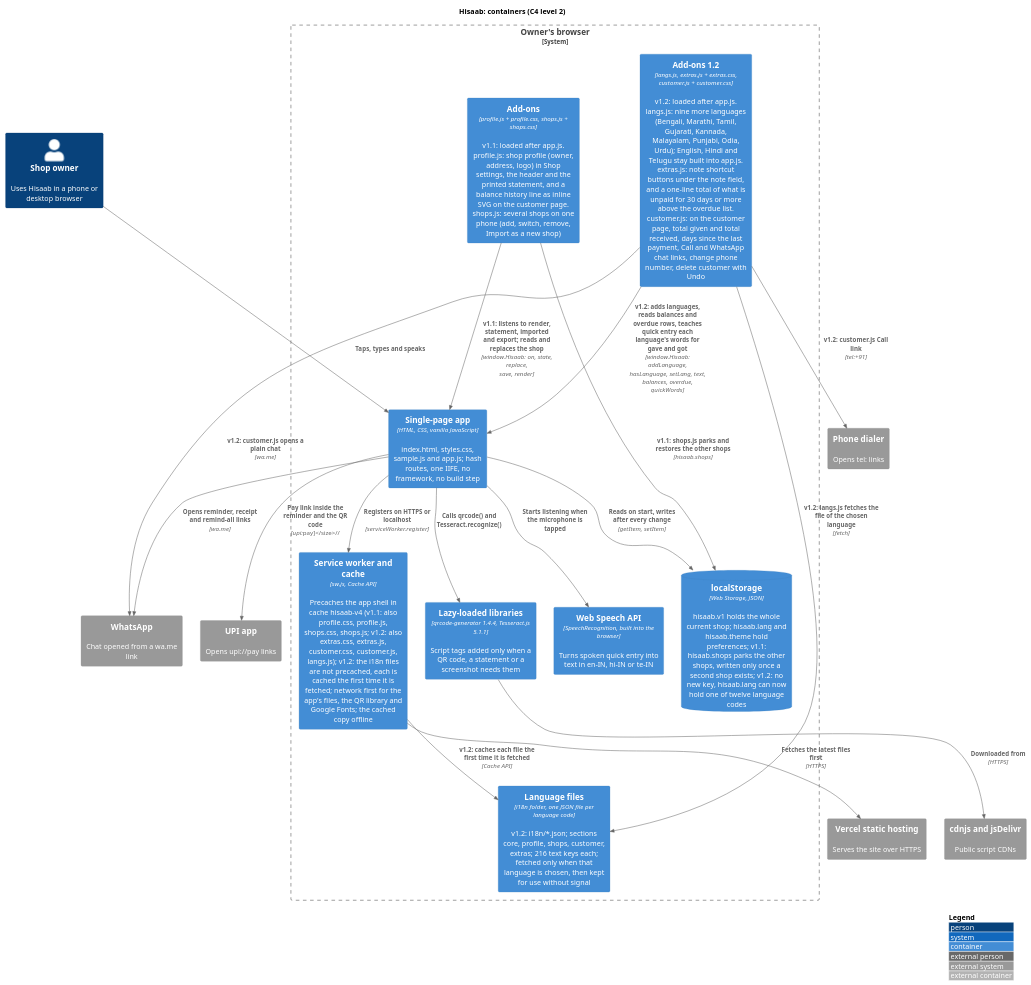
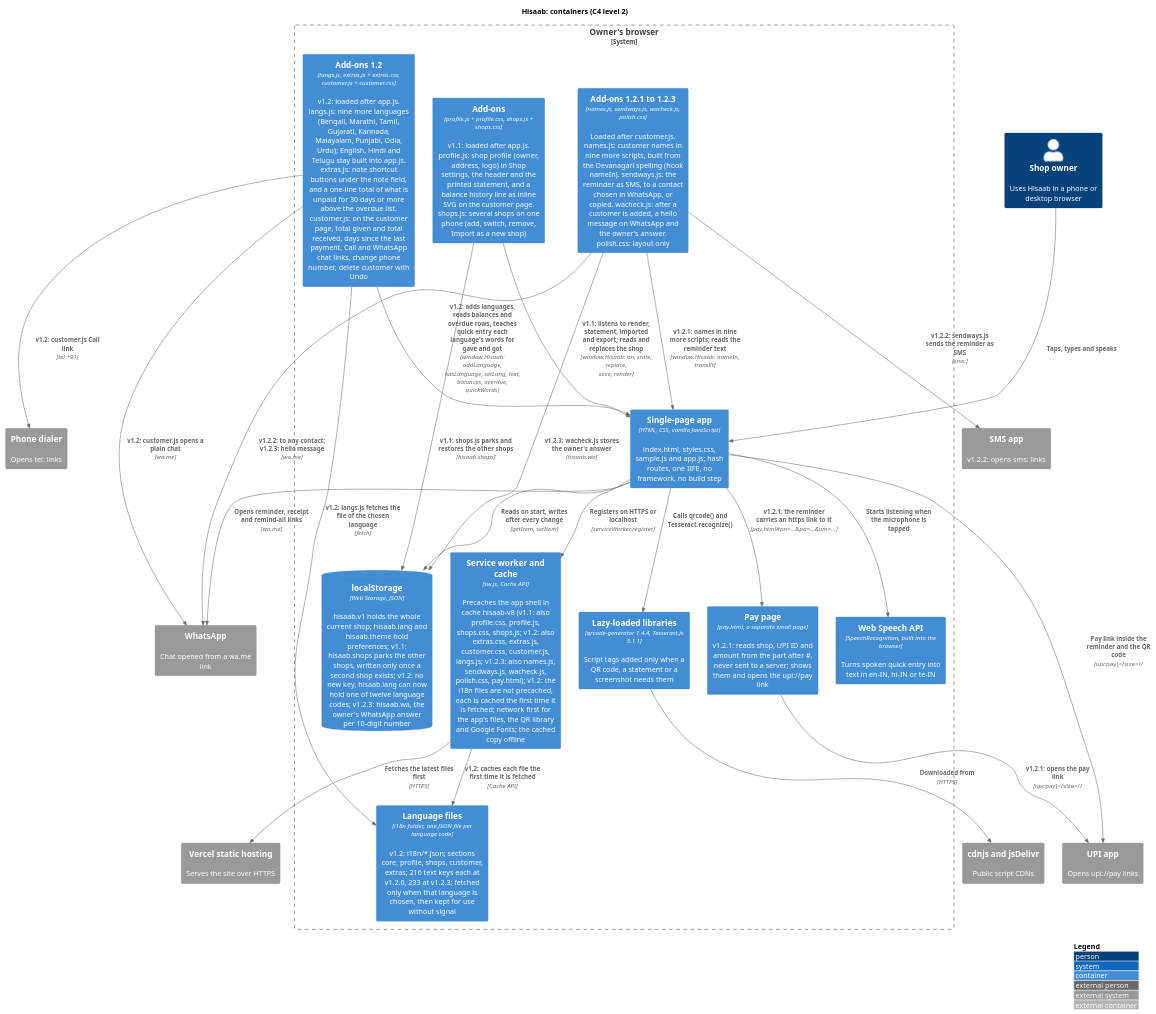
The diagram in docs/diagrams/c4-container.puml (karwasanjay007/hisaab-docs), drawn with PlantUML before and after one commit. The commit also changed 39 other files, not shown here.

First line of the commit message:
Version 1.2.3: layout that holds in every language, names in nine more scripts, a tappable pay link, other ways to send, the WhatsApp check; requirements, design, journeys, diagrams and evidence brought up to date after the baseline was approved

```diff
--- a/docs/diagrams/c4-container.puml
+++ b/docs/diagrams/c4-container.puml
@@ -1,41 +1,50 @@
 @startuml c4-container
 !include <C4/C4_Container>
 title Hisaab: containers (C4 level 2)
 
 Person(owner, "Shop owner", "Uses Hisaab in a phone or desktop browser")
 System_Ext(whatsapp, "WhatsApp", "Chat opened from a wa.me link")
 System_Ext(upi, "UPI app", "Opens upi://pay links")
 System_Ext(dialer, "Phone dialer", "Opens tel: links")
+System_Ext(sms, "SMS app", "v1.2.2: opens sms: links")
 System_Ext(cdn, "cdnjs and jsDelivr", "Public script CDNs")
 System_Ext(vercel, "Vercel static hosting", "Serves the site over HTTPS")
 
 System_Boundary(browser, "Owner's browser") {
   Container(spa, "Single-page app", "HTML, CSS, vanilla JavaScript", "index.html, styles.css, sample.js and app.js; hash routes, one IIFE, no framework, no build step")
   Container(addons, "Add-ons", "profile.js + profile.css, shops.js + shops.css", "v1.1: loaded after app.js. profile.js: shop profile (owner, address, logo) in Shop settings, the header and the printed statement, and a balance history line as inline SVG on the customer page. shops.js: several shops on one phone (add, switch, remove, Import as a new shop)")
-  ContainerDb(ls, "localStorage", "Web Storage, JSON", "hisaab.v1 holds the whole current shop; hisaab.lang and hisaab.theme hold preferences; v1.1: hisaab.shops parks the other shops, written only once a second shop exists; v1.2: no new key, hisaab.lang can now hold one of twelve language codes")
-  Container(sw, "Service worker and cache", "sw.js, Cache API", "Precaches the app shell in cache hisaab-v4 (v1.1: also profile.css, profile.js, shops.css, shops.js; v1.2: also extras.css, extras.js, customer.css, customer.js, langs.js); v1.2: the i18n files are not precached, each is cached the first time it is fetched; network first for the app's files, the QR library and Google Fonts; the cached copy offline")
+  ContainerDb(ls, "localStorage", "Web Storage, JSON", "hisaab.v1 holds the whole current shop; hisaab.lang and hisaab.theme hold preferences; v1.1: hisaab.shops parks the other shops, written only once a second shop exists; v1.2: no new key, hisaab.lang can now hold one of twelve language codes; v1.2.3: hisaab.wa, the owner's WhatsApp answer per 10-digit number")
+  Container(sw, "Service worker and cache", "sw.js, Cache API", "Precaches the app shell in cache hisaab-v8 (v1.1: also profile.css, profile.js, shops.css, shops.js; v1.2: also extras.css, extras.js, customer.css, customer.js, langs.js; v1.2.3: also names.js, sendways.js, wacheck.js, polish.css, pay.html); v1.2: the i18n files are not precached, each is cached the first time it is fetched; network first for the app's files, the QR library and Google Fonts; the cached copy offline")
   Container(addons12, "Add-ons 1.2", "langs.js, extras.js + extras.css, customer.js + customer.css", "v1.2: loaded after app.js. langs.js: nine more languages (Bengali, Marathi, Tamil, Gujarati, Kannada, Malayalam, Punjabi, Odia, Urdu); English, Hindi and Telugu stay built into app.js. extras.js: note shortcut buttons under the note field, and a one-line total of what is unpaid for 30 days or more above the overdue list. customer.js: on the customer page, total given and total received, days since the last payment, Call and WhatsApp chat links, change phone number, delete customer with Undo")
-  Container(i18nfiles, "Language files", "i18n folder, one JSON file per language code", "v1.2: i18n/*.json; sections core, profile, shops, customer, extras; 216 text keys each; fetched only when that language is chosen, then kept for use without signal")
+  Container(i18nfiles, "Language files", "i18n folder, one JSON file per language code", "v1.2: i18n/*.json; sections core, profile, shops, customer, extras; 216 text keys each at v1.2.0, 233 at v1.2.3; fetched only when that language is chosen, then kept for use without signal")
+  Container(addons123, "Add-ons 1.2.1 to 1.2.3", "names.js, sendways.js, wacheck.js, polish.css", "Loaded after customer.js. names.js: customer names in nine more scripts, built from the Devanagari spelling (hook nameIn). sendways.js: the reminder as SMS, to a contact chosen in WhatsApp, or copied. wacheck.js: after a customer is added, a hello message on WhatsApp and the owner's answer. polish.css: layout only")
+  Container(paypage, "Pay page", "pay.html, a separate small page", "v1.2.1: reads shop, UPI ID and amount from the part after #, never sent to a server; shows them and opens the upi://pay link")
   Container(libs, "Lazy-loaded libraries", "qrcode-generator 1.4.4, Tesseract.js 5.1.1", "Script tags added only when a QR code, a statement or a screenshot needs them")
   Container(speech, "Web Speech API", "SpeechRecognition, built into the browser", "Turns spoken quick entry into text in en-IN, hi-IN or te-IN")
 }
 
 Rel(owner, spa, "Taps, types and speaks")
 Rel(spa, ls, "Reads on start, writes after every change", "getItem, setItem")
 Rel(addons, spa, "v1.1: listens to render, statement, imported and export; reads and replaces the shop", "window.Hisaab: on, state, replace, save, render")
 Rel(addons, ls, "v1.1: shops.js parks and restores the other shops", "hisaab.shops")
 Rel(addons12, spa, "v1.2: adds languages, reads balances and overdue rows, teaches quick entry each language's words for gave and got", "window.Hisaab: addLanguage, hasLanguage, setLang, text, balances, overdue, quickWords")
 Rel(addons12, i18nfiles, "v1.2: langs.js fetches the file of the chosen language", "fetch")
 Rel(sw, i18nfiles, "v1.2: caches each file the first time it is fetched", "Cache API")
 Rel(spa, sw, "Registers on HTTPS or localhost", "serviceWorker.register")
 Rel(sw, vercel, "Fetches the latest files first", "HTTPS")
 Rel(spa, libs, "Calls qrcode() and Tesseract.recognize()")
 Rel(libs, cdn, "Downloaded from", "HTTPS")
 Rel(spa, speech, "Starts listening when the microphone is tapped")
 Rel(spa, whatsapp, "Opens reminder, receipt and remind-all links", "wa.me")
 Rel(spa, upi, "Pay link inside the reminder and the QR code", "upi://pay")
 Rel(addons12, whatsapp, "v1.2: customer.js opens a plain chat", "wa.me")
 Rel(addons12, dialer, "v1.2: customer.js Call link", "tel:+91")
+Rel(addons123, spa, "v1.2.1: names in nine more scripts; reads the reminder text", "window.Hisaab: nameIn, translit")
+Rel(addons123, ls, "v1.2.3: wacheck.js stores the owner's answer", "hisaab.wa")
+Rel(addons123, sms, "v1.2.2: sendways.js sends the reminder as SMS", "sms:")
+Rel(addons123, whatsapp, "v1.2.2: to any contact; v1.2.3: hello message", "wa.me")
+Rel(spa, paypage, "v1.2.1: the reminder carries an https link to it", "pay.html#pn=...&pa=...&am=...")
+Rel(paypage, upi, "v1.2.1: opens the pay link", "upi://pay")
 
 LAYOUT_WITH_LEGEND()
 @enduml
```
